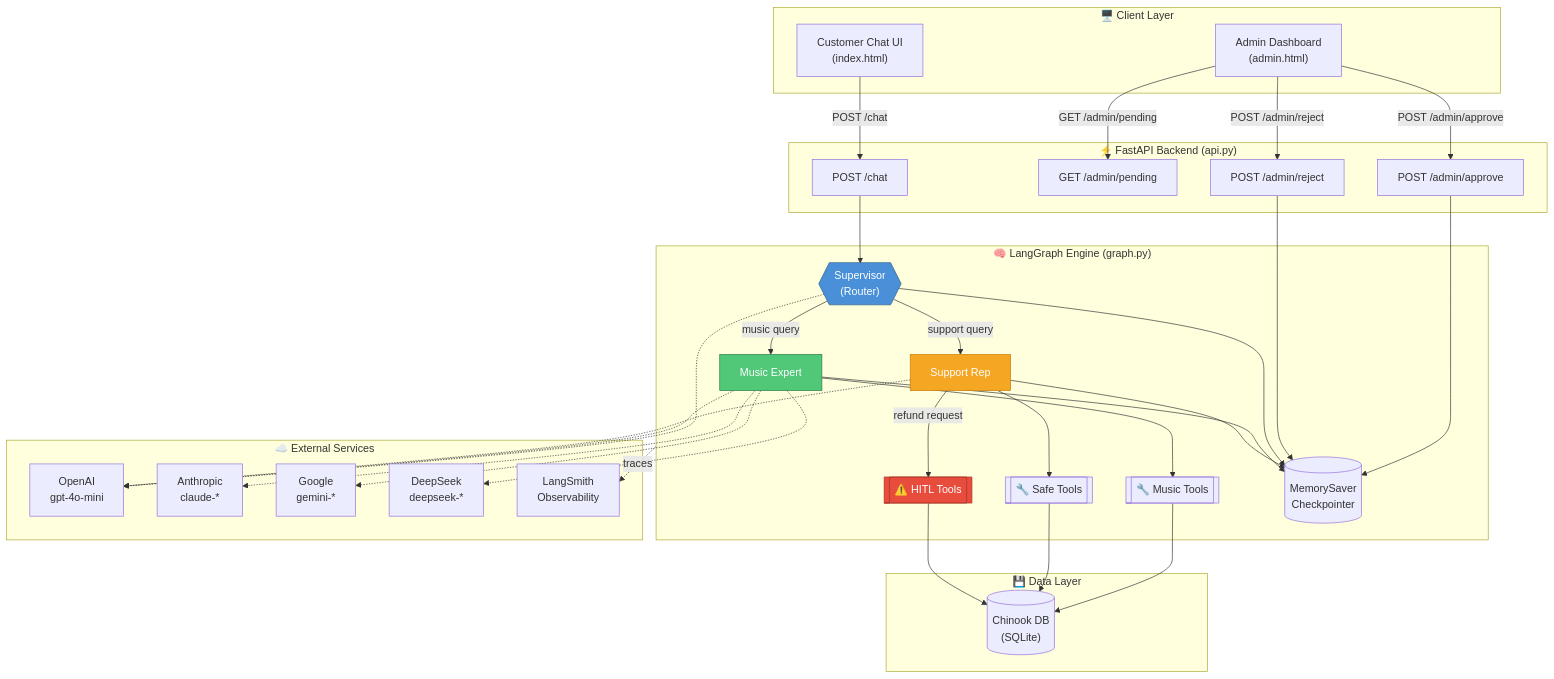
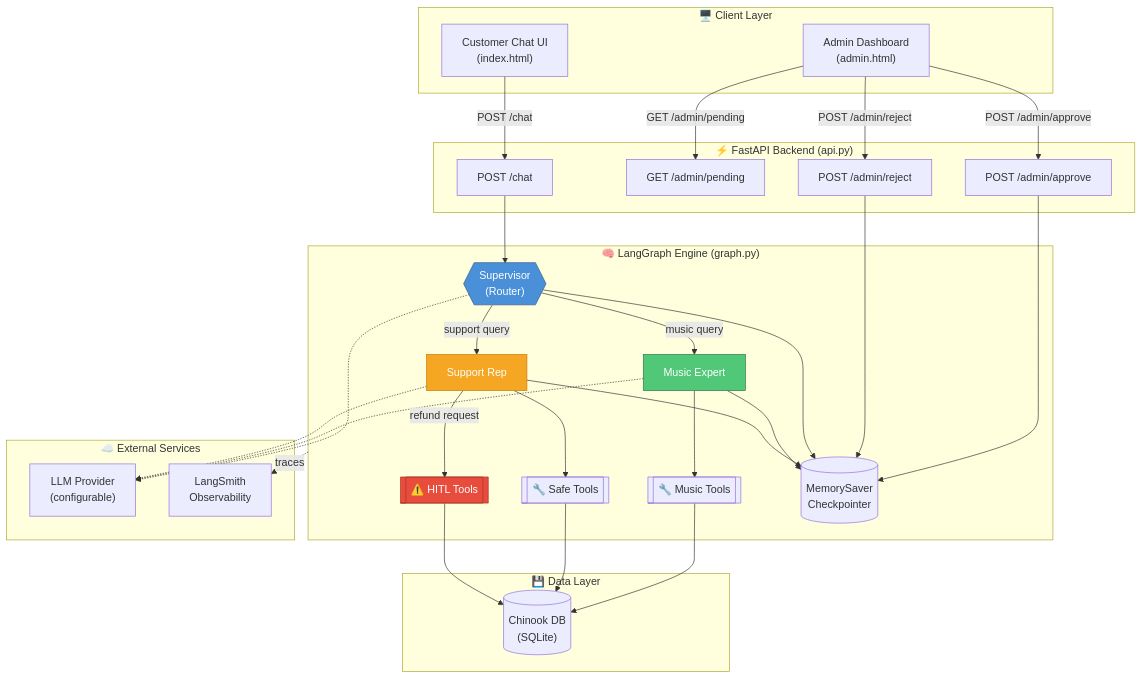
Before and after one commit to scarolan/music_store_assistant: the first of 10 diagrams in ARCHITECTURE.md, drawn with Mermaid.

Commit message:
Simplify external services on arch diagram.

````diff
--- a/ARCHITECTURE.md
+++ b/ARCHITECTURE.md
@@ -7,74 +7,68 @@
 ```mermaid
 flowchart TB
     subgraph Client["🖥️ Client Layer"]
         chat["Customer Chat UI<br/>(index.html)"]
         admin["Admin Dashboard<br/>(admin.html)"]
     end
 
     subgraph API["⚡ FastAPI Backend (api.py)"]
         chatEndpoint["POST /chat"]
         pendingEndpoint["GET /admin/pending"]
         approveEndpoint["POST /admin/approve"]
         rejectEndpoint["POST /admin/reject"]
     end
 
     subgraph Graph["🧠 LangGraph Engine (graph.py)"]
         supervisor{{"Supervisor<br/>(Router)"}}
         music["Music Expert"]
         support["Support Rep"]
         musicTools[["🔧 Music Tools"]]
         safeTools[["🔧 Safe Tools"]]
         hitlTools[["⚠️ HITL Tools"]]
         checkpointer[("MemorySaver<br/>Checkpointer")]
     end
 
     subgraph Data["💾 Data Layer"]
         chinook[("Chinook DB<br/>(SQLite)")]
     end
 
     subgraph External["☁️ External Services"]
-        openai["OpenAI<br/>gpt-4o-mini"]
-        anthropic["Anthropic<br/>claude-*"]
-        google["Google<br/>gemini-*"]
-        deepseek["DeepSeek<br/>deepseek-*"]
+        llm["LLM Provider<br/>(configurable)"]
         langsmith["LangSmith<br/>Observability"]
     end
 
     chat -->|"POST /chat"| chatEndpoint
     admin -->|"GET /admin/pending"| pendingEndpoint
     admin -->|"POST /admin/approve"| approveEndpoint
     admin -->|"POST /admin/reject"| rejectEndpoint
 
     chatEndpoint --> supervisor
     approveEndpoint --> checkpointer
     rejectEndpoint --> checkpointer
 
     supervisor -->|"music query"| music
     supervisor -->|"support query"| support
     
     music --> musicTools
     support --> safeTools
     support -->|"refund request"| hitlTools
     
     musicTools --> chinook
     safeTools --> chinook
     hitlTools --> chinook
 
     supervisor --> checkpointer
     music --> checkpointer
     support --> checkpointer
 
-    supervisor -.-> openai
-    music -.-> openai
-    music -.-> anthropic
-    music -.-> google
-    music -.-> deepseek
-    support -.-> openai
+    supervisor -.-> llm
+    music -.-> llm
+    support -.-> llm
 
     Graph -.->|"traces"| langsmith
 
     style supervisor fill:#4a90d9,stroke:#2d5a87,color:#fff
     style music fill:#50c878,stroke:#2d7a4a,color:#fff
     style support fill:#f5a623,stroke:#c77d0a,color:#fff
     style hitlTools fill:#e74c3c,stroke:#a93226,color:#fff
 ```
````
